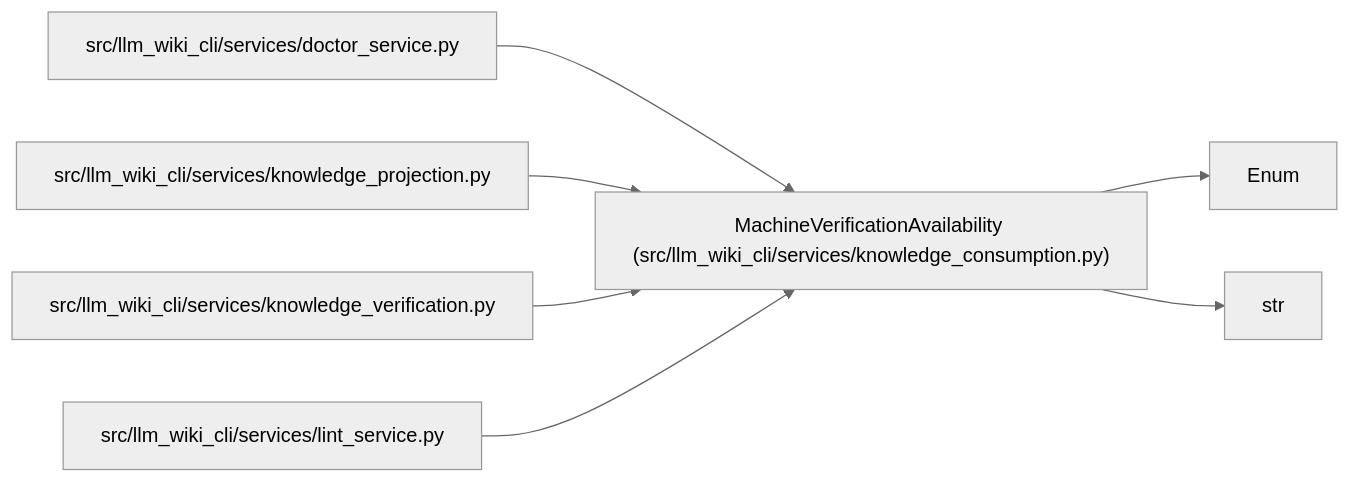
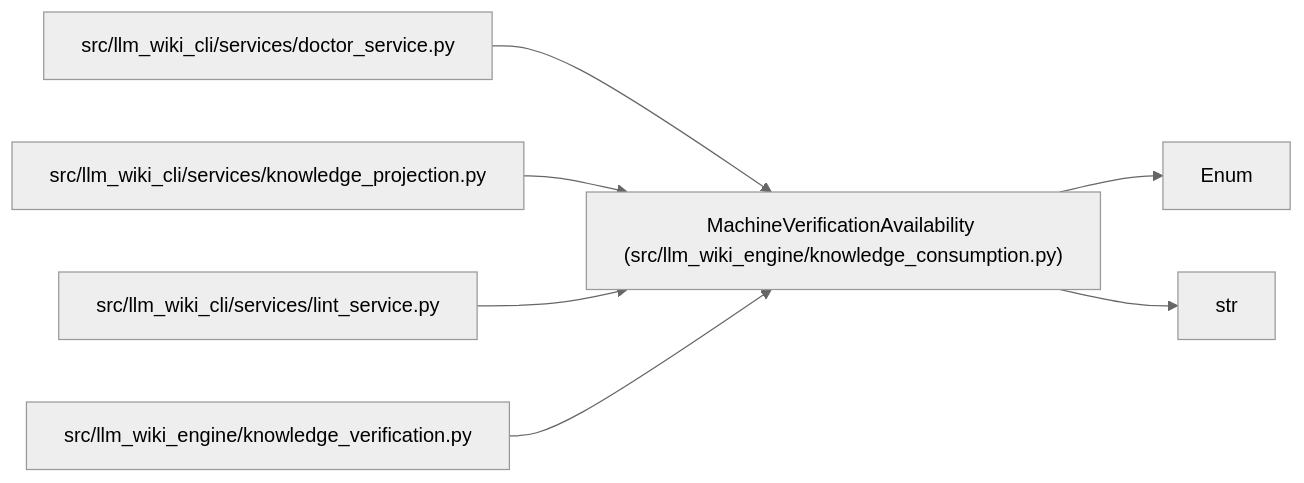
The diagram in docs/llm_wiki/entities/MachineVerificationAvailability.md (Denissvgn/python-wiki-llm), drawn with Mermaid (neutral theme) before and after one commit. The commit also changed other lines of this file and 1058 other files, not shown here.

First line of the commit message:
docs: refresh the wiki for the knowledge store move

````diff
--- a/docs/llm_wiki/entities/MachineVerificationAvailability.md
+++ b/docs/llm_wiki/entities/MachineVerificationAvailability.md
@@ -28,21 +28,21 @@
 ```mermaid
 flowchart LR
-    n0["MachineVerificationAvailability (src/llm_wiki_cli/services/knowledge_consumption.py)"]
+    n0["MachineVerificationAvailability (src/llm_wiki_engine/knowledge_consumption.py)"]
     n1["Enum"]
     n2["str"]
     n3["src/llm_wiki_cli/services/doctor_service.py"]
     n4["src/llm_wiki_cli/services/knowledge_projection.py"]
-    n5["src/llm_wiki_cli/services/knowledge_verification.py"]
-    n6["src/llm_wiki_cli/services/lint_service.py"]
+    n5["src/llm_wiki_cli/services/lint_service.py"]
+    n6["src/llm_wiki_engine/knowledge_verification.py"]
     n0 --> n1
     n0 --> n2
     n3 --> n0
     n4 --> n0
     n5 --> n0
     n6 --> n0
     click n0 "../modules/knowledge_consumption.md"
     click n3 "../modules/doctor_service.md"
     click n4 "../modules/knowledge_projection.md"
-    click n5 "../modules/knowledge_verification.md"
-    click n6 "../modules/lint_service.md"
+    click n5 "../modules/lint_service.md"
+    click n6 "../modules/knowledge_verification.md"
 ```
````
